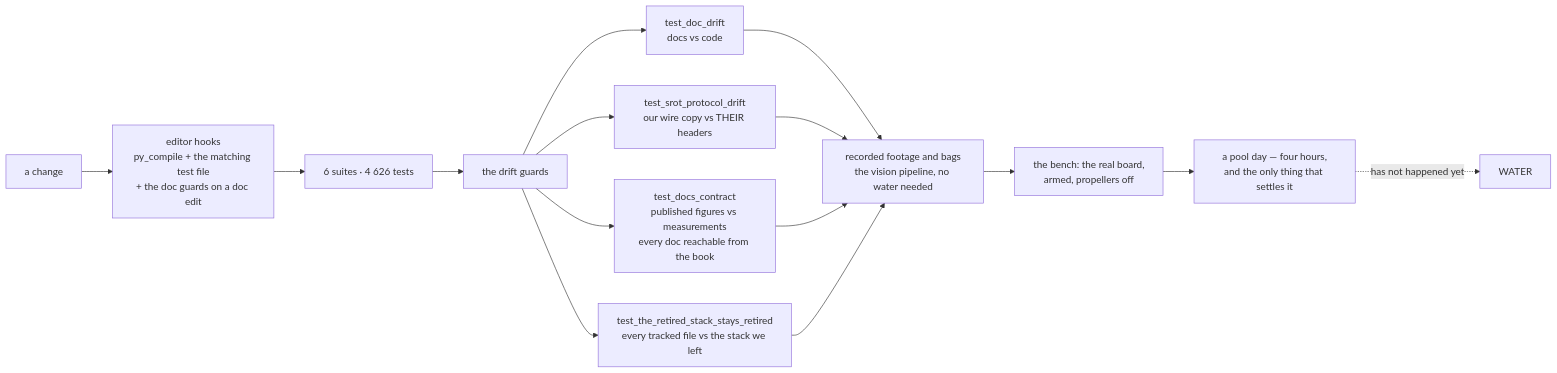
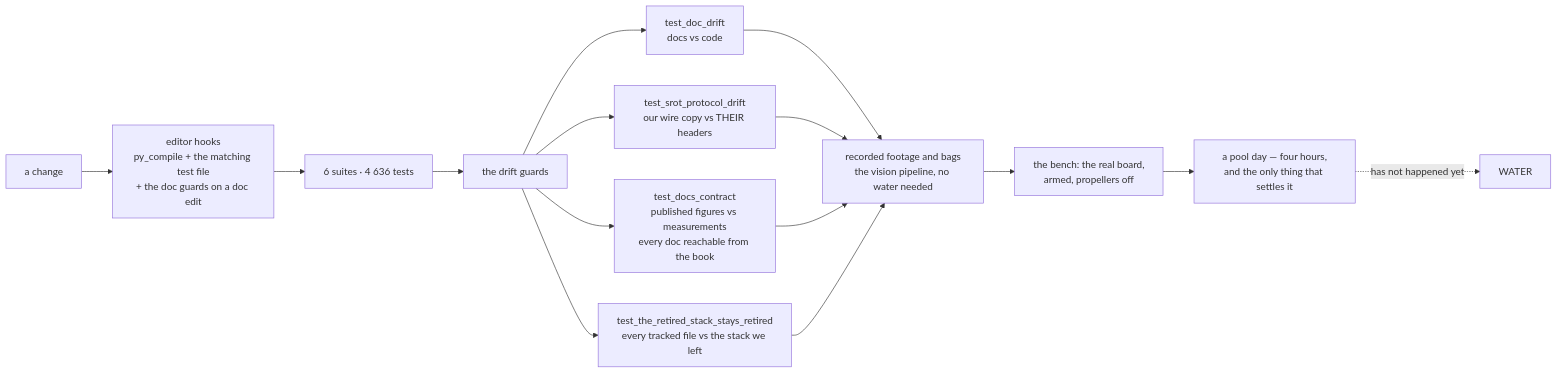
Before and after one commit to fh1m/mongla_ws: the ninth of 10 diagrams in README.md, drawn with Mermaid. The commit also changed other lines of this file and 2 other files, not shown here.

````diff
--- a/README.md
+++ b/README.md
@@ -817,17 +817,17 @@
 ```mermaid
 flowchart LR
     DEV["a change"] --> HOOK["editor hooks<br/>py_compile + the matching test file<br/>+ the doc guards on a doc edit"]
-    HOOK --> UNIT["6 suites · 4 626 tests"]
+    HOOK --> UNIT["6 suites · 4 636 tests"]
     UNIT --> GUARD["the drift guards"]
     GUARD --> G1["test_doc_drift<br/>docs vs code"]
     GUARD --> G2["test_srot_protocol_drift<br/>our wire copy vs THEIR headers"]
     GUARD --> G3["test_docs_contract<br/>published figures vs measurements<br/>every doc reachable from the book"]
     GUARD --> G4["test_the_retired_stack_stays_retired<br/>every tracked file vs the stack we left"]
     G1 --> REPLAY["recorded footage and bags<br/>the vision pipeline, no water needed"]
     G2 --> REPLAY
     G3 --> REPLAY
     G4 --> REPLAY
     REPLAY --> BENCH["the bench: the real board,<br/>armed, propellers off"]
     BENCH --> POOL["a pool day — four hours,<br/>and the only thing that settles it"]
     POOL -.->|"has not happened yet"| WATER["WATER"]
 ```
````
